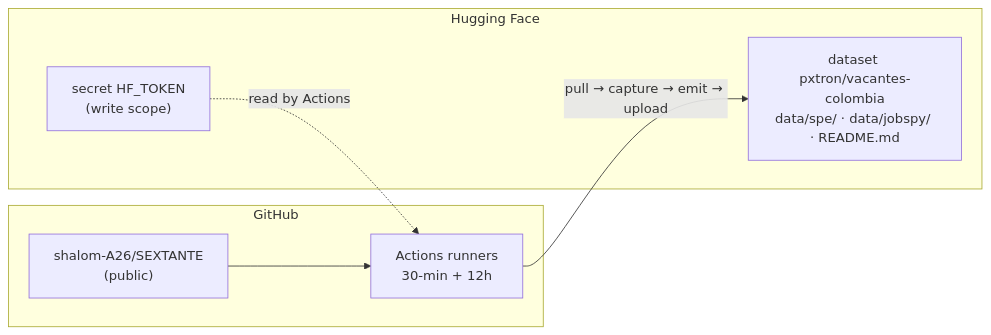
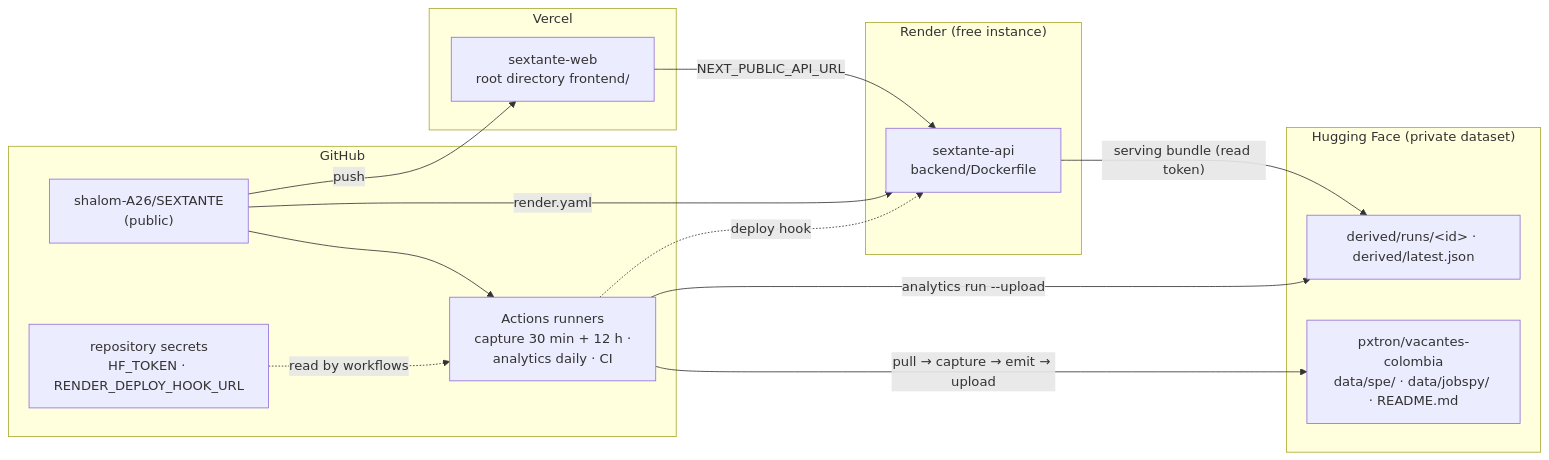
The fifth of 8 diagrams in docs/architecture.md (shalom-A26/SEXTANTE), drawn with Mermaid before and after one commit. The commit also changed other lines of this file and 13 other files, not shown here.

````diff
--- a/docs/architecture.md
+++ b/docs/architecture.md
@@ -196,16 +238,31 @@
 ```mermaid
 flowchart LR
     subgraph GH["GitHub"]
         repo["shalom-A26/SEXTANTE<br/>(public)"]
-        actions["Actions runners<br/>30-min + 12h"]
+        actions["Actions runners<br/>capture 30 min + 12 h ·<br/>analytics daily · CI"]
+        secrets["repository secrets<br/>HF_TOKEN · RENDER_DEPLOY_HOOK_URL"]
     end
 
-    subgraph HF["Hugging Face"]
-        ds["dataset pxtron/vacantes-colombia<br/>data/spe/ · data/jobspy/ · README.md"]
-        secret["secret HF_TOKEN<br/>(write scope)"]
+    subgraph HF["Hugging Face (private dataset)"]
+        ds["pxtron/vacantes-colombia<br/>data/spe/ · data/jobspy/ · README.md"]
+        derived["derived/runs/&lt;id&gt; · derived/latest.json"]
+    end
+
+    subgraph RENDER["Render (free instance)"]
+        api["sextante-api<br/>backend/Dockerfile"]
+    end
+
+    subgraph VERCEL["Vercel"]
+        web["sextante-web<br/>root directory frontend/"]
     end
 
     repo --> actions
+    secrets -.->|"read by workflows"| actions
     actions -->|"pull → capture → emit → upload"| ds
-    secret -.->|"read by Actions"| actions
+    actions -->|"analytics run --upload"| derived
+    actions -.->|"deploy hook"| api
+    repo -->|"render.yaml"| api
+    repo -->|"push"| web
+    api -->|"serving bundle (read token)"| derived
+    web -->|"NEXT_PUBLIC_API_URL"| api
 ```
````
